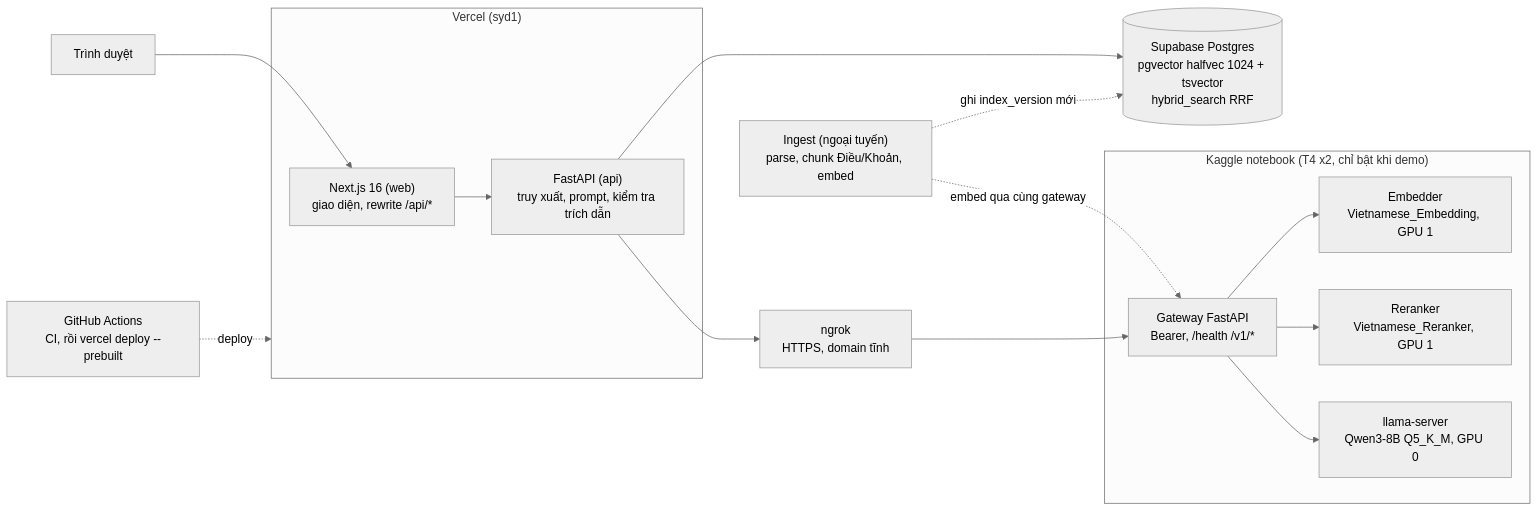
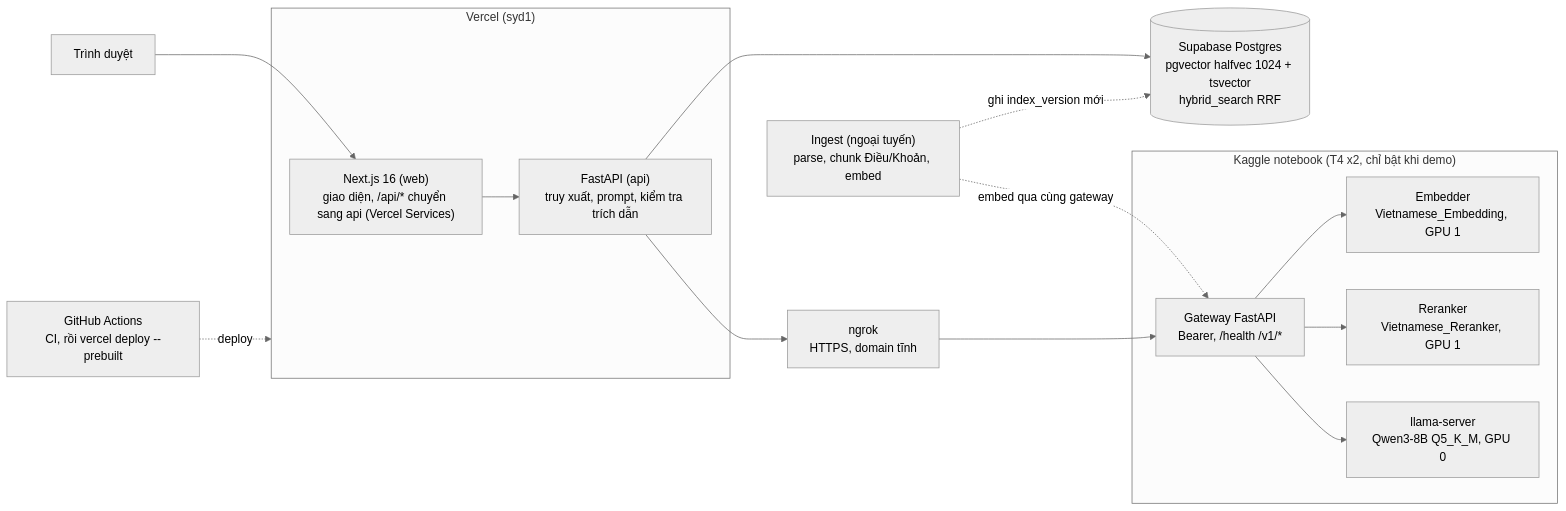
The first of 2 diagrams in docs/architecture.md (ChrisLee1901/vn-labor-law-rag), drawn with Mermaid (neutral theme) before and after one commit. The commit also changed 12 other files, not shown here.

Commit message:
fix(web): restore chat after Back, VI error pages, API timeout, stall 65s, small hardening

````diff
--- a/docs/architecture.md
+++ b/docs/architecture.md
@@ -7,31 +7,31 @@
 ```mermaid
 flowchart LR
     B[Trình duyệt]
 
     subgraph V["Vercel (syd1)"]
-        W["Next.js 16 (web)<br/>giao diện, rewrite /api/*"]
+        W["Next.js 16 (web)<br/>giao diện, /api/* chuyển sang api (Vercel Services)"]
         A["FastAPI (api)<br/>truy xuất, prompt, kiểm tra trích dẫn"]
     end
 
     S[("Supabase Postgres<br/>pgvector halfvec 1024 + tsvector<br/>hybrid_search RRF")]
     N["ngrok<br/>HTTPS, domain tĩnh"]
 
     subgraph K["Kaggle notebook (T4 x2, chỉ bật khi demo)"]
         G["Gateway FastAPI<br/>Bearer, /health /v1/*"]
         E["Embedder<br/>Vietnamese_Embedding, GPU 1"]
         R["Reranker<br/>Vietnamese_Reranker, GPU 1"]
         L["llama-server<br/>Qwen3-8B Q5_K_M, GPU 0"]
         G --> E
         G --> R
         G --> L
     end
 
     B --> W --> A
     A --> S
     A --> N --> G
 
     I["Ingest (ngoại tuyến)<br/>parse, chunk Điều/Khoản, embed"] -. "ghi index_version mới" .-> S
     I -. "embed qua cùng gateway" .-> G
 
     CI["GitHub Actions<br/>CI, rồi vercel deploy --prebuilt"] -. deploy .-> V
 ```
````
